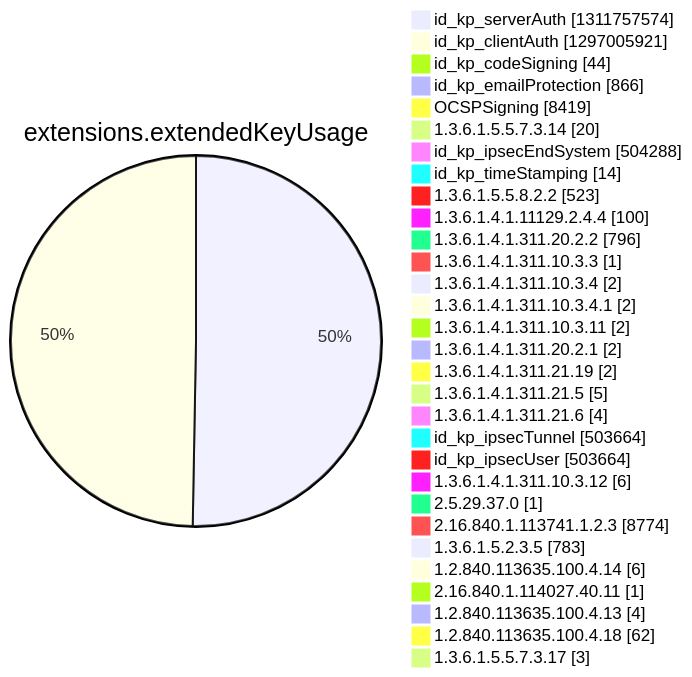
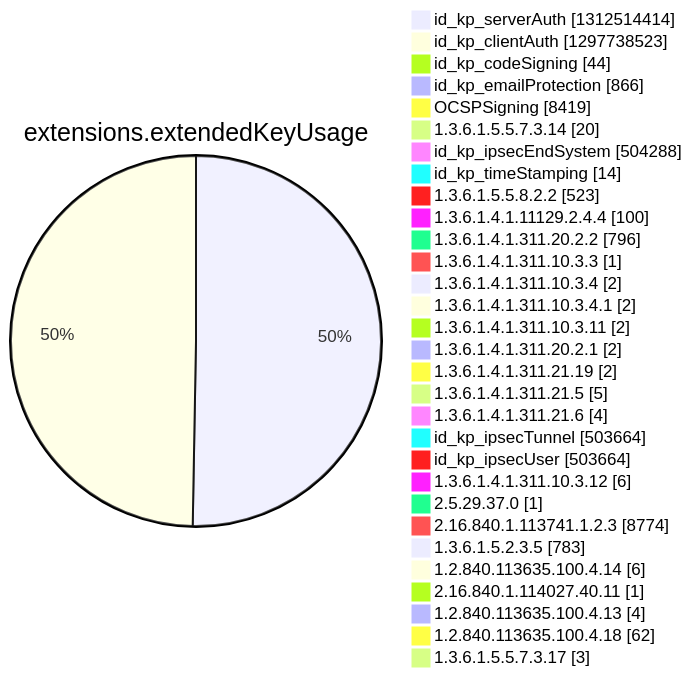
One commit to christiankrug/ctmonitor_visualization changed diagram 12 of 15 in argon2022/README.md. Above: the diagram before and after it, drawn with Mermaid. The commit also changed other lines of this file, not shown here.

````diff
--- a/argon2022/README.md
+++ b/argon2022/README.md
@@ -3552,34 +3552,34 @@
 ```mermaid
 pie showData
 title extensions.extendedKeyUsage
-"id_kp_serverAuth" :1311757574
-"id_kp_clientAuth" :1297005921
+"id_kp_serverAuth" :1312514414
+"id_kp_clientAuth" :1297738523
 "id_kp_codeSigning" :44
 "id_kp_emailProtection" :866
 "OCSPSigning" :8419
 "1.3.6.1.5.5.7.3.14" :20
 "id_kp_ipsecEndSystem" :504288
 "id_kp_timeStamping" :14
 "1.3.6.1.5.5.8.2.2" :523
 "1.3.6.1.4.1.11129.2.4.4" :100
 "1.3.6.1.4.1.311.20.2.2" :796
 "1.3.6.1.4.1.311.10.3.3" :1
 "1.3.6.1.4.1.311.10.3.4" :2
 "1.3.6.1.4.1.311.10.3.4.1" :2
 "1.3.6.1.4.1.311.10.3.11" :2
 "1.3.6.1.4.1.311.20.2.1" :2
 "1.3.6.1.4.1.311.21.19" :2
 "1.3.6.1.4.1.311.21.5" :5
 "1.3.6.1.4.1.311.21.6" :4
 "id_kp_ipsecTunnel" :503664
 "id_kp_ipsecUser" :503664
 "1.3.6.1.4.1.311.10.3.12" :6
 "2.5.29.37.0" :1
 "2.16.840.1.113741.1.2.3" :8774
 "1.3.6.1.5.2.3.5" :783
 "1.2.840.113635.100.4.14" :6
 "2.16.840.1.114027.40.11" :1
 "1.2.840.113635.100.4.13" :4
 "1.2.840.113635.100.4.18" :62
 "1.3.6.1.5.5.7.3.17" :3
 ```
````
